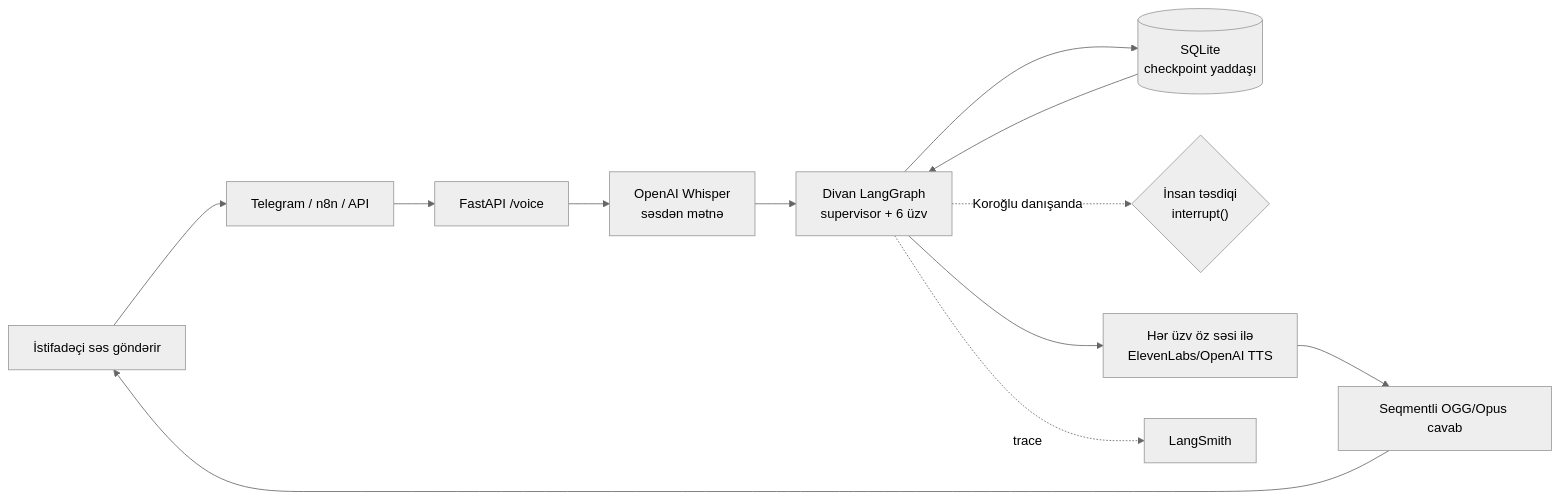
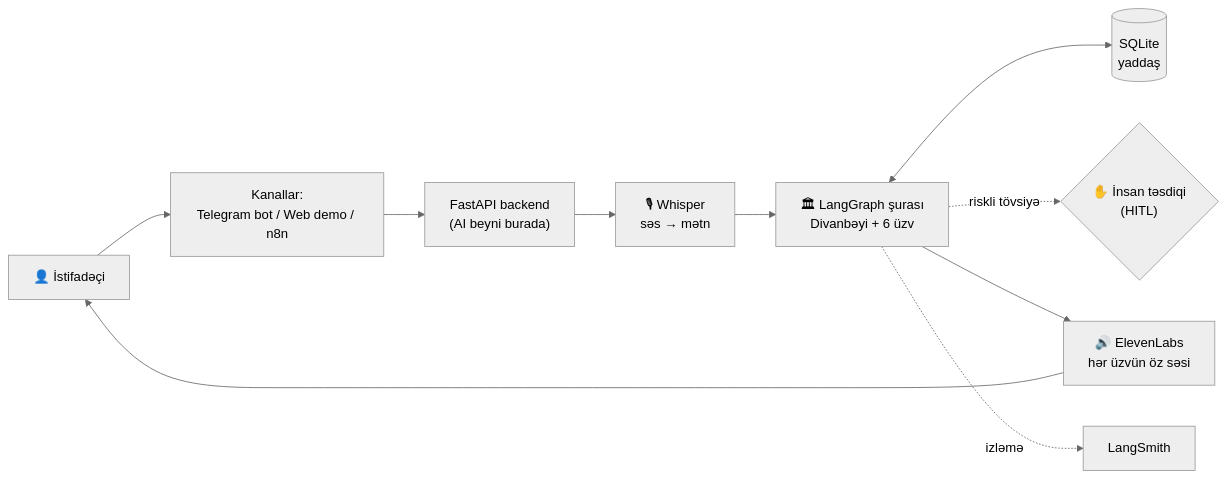
One commit to AlimAlirzayev/voice-ai-agent changed the first of 2 diagrams in README.md. Above: the diagram before and after it, drawn with Mermaid (neutral theme). The commit also changed other lines of this file and 8 other files, not shown here.

````diff
--- a/README.md
+++ b/README.md
@@ -174,14 +17,12 @@
 ```mermaid
 flowchart LR
-    USER["İstifadəçi səs göndərir"] --> CHANNEL["Telegram / n8n / API"]
-    CHANNEL --> API["FastAPI /voice"]
-    API --> STT["OpenAI Whisper<br/>səsdən mətnə"]
-    STT --> GRAPH["Divan LangGraph<br/>supervisor + 6 üzv"]
-    GRAPH --> MEMORY[("SQLite<br/>checkpoint yaddaşı")]
-    MEMORY --> GRAPH
-    GRAPH -. "Koroğlu danışanda" .-> HITL{"İnsan təsdiqi<br/>interrupt()"}
-    GRAPH --> TTS["Hər üzv öz səsi ilə<br/>ElevenLabs/OpenAI TTS"]
-    TTS --> REPLY["Seqmentli OGG/Opus cavab"]
-    REPLY --> USER
-    GRAPH -. trace .-> SMITH["LangSmith"]
+    U["👤 İstifadəçi"] --> CH["Kanallar:<br/>Telegram bot / Web demo / n8n"]
+    CH --> API["FastAPI backend<br/>(AI beyni burada)"]
+    API --> STT["🎙 Whisper<br/>səs → mətn"]
+    STT --> G["🏛 LangGraph şurası<br/>Divanbəyi + 6 üzv"]
+    G <--> M[("SQLite<br/>yaddaş")]
+    G -. "riskli tövsiyə" .-> H{"✋ İnsan təsdiqi<br/>(HITL)"}
+    G --> TTS["🔊 ElevenLabs<br/>hər üzvün öz səsi"]
+    TTS --> U
+    G -. izləmə .-> LS["LangSmith"]
 ```
````
